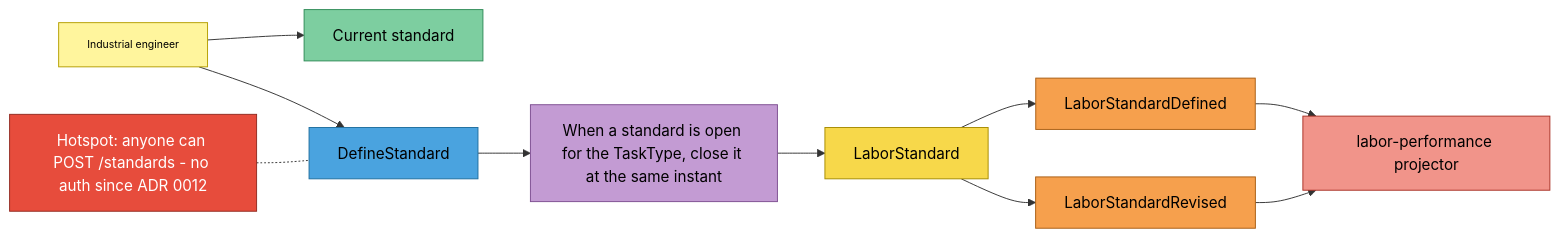
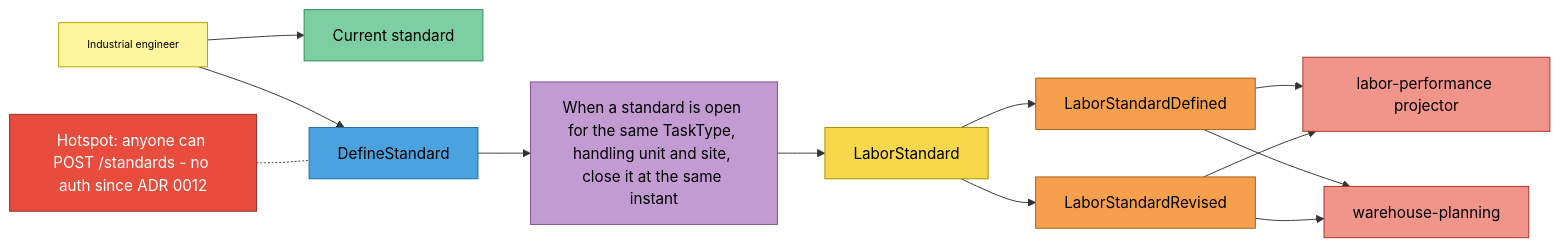
Before and after one commit to IQVO/labor-performance: the third of 4 diagrams in docs/docs/ddd/eventstorming.md, drawn with Mermaid. The commit also changed other lines of this file and 22 other files, not shown here.

````diff
--- a/docs/docs/ddd/eventstorming.md
+++ b/docs/docs/ddd/eventstorming.md
@@ -115,31 +115,34 @@
 ```mermaid
 flowchart LR
     A1["Industrial engineer"]:::actor
     RM0["Current standard"]:::readmodel
     C1["DefineStandard"]:::command
     AG1["LaborStandard"]:::aggregate
     E1["LaborStandardDefined"]:::event
     E2["LaborStandardRevised"]:::event
-    P1["When a standard is open for the TaskType, close it at the same instant"]:::policy
+    P1["When a standard is open for the same TaskType, handling unit and site, close it at the same instant"]:::policy
     PRJ["labor-performance projector"]:::external
+    WP["warehouse-planning"]:::external
     H1["Hotspot: anyone can POST /standards - no auth since ADR 0012"]:::hotspot
 
     A1 --> RM0
     A1 --> C1
     C1 --> P1
     P1 --> AG1
     AG1 --> E1
     AG1 --> E2
     E1 --> PRJ
     E2 --> PRJ
+    E1 --> WP
+    E2 --> WP
     H1 -.- C1
 
     classDef actor fill:#fff59d,stroke:#b59f00,color:#000,font-size:11px;
     classDef command fill:#4aa3df,stroke:#1f6f9f,color:#000;
     classDef aggregate fill:#f7d84a,stroke:#a68b00,color:#000;
     classDef event fill:#f6a04d,stroke:#a85d12,color:#000;
     classDef policy fill:#c39bd3,stroke:#7d4f91,color:#000;
     classDef readmodel fill:#7dcea0,stroke:#2e8b57,color:#000;
     classDef external fill:#f1948a,stroke:#a93226,color:#000;
     classDef hotspot fill:#e74c3c,stroke:#922b21,color:#fff;
 ```
````
